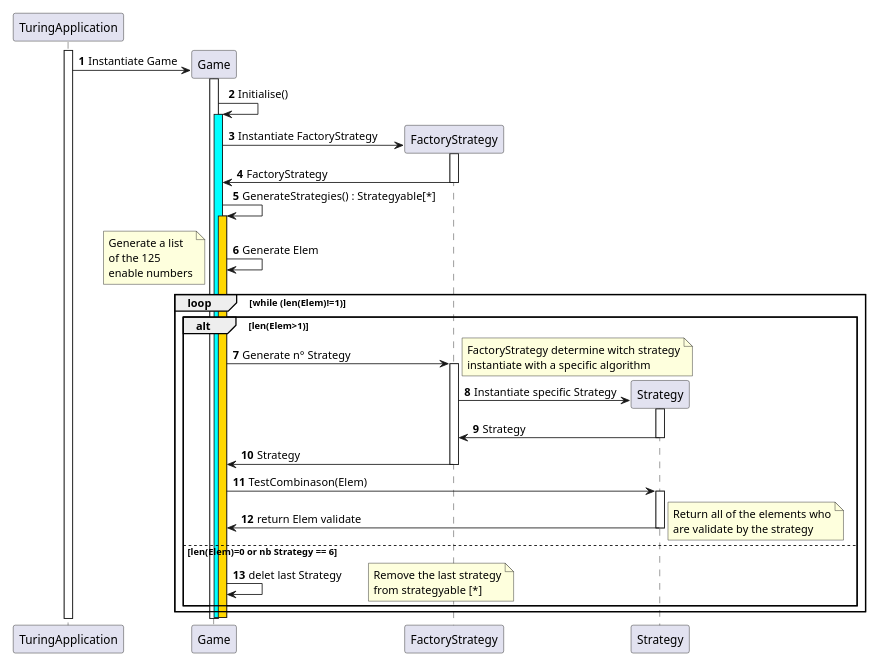
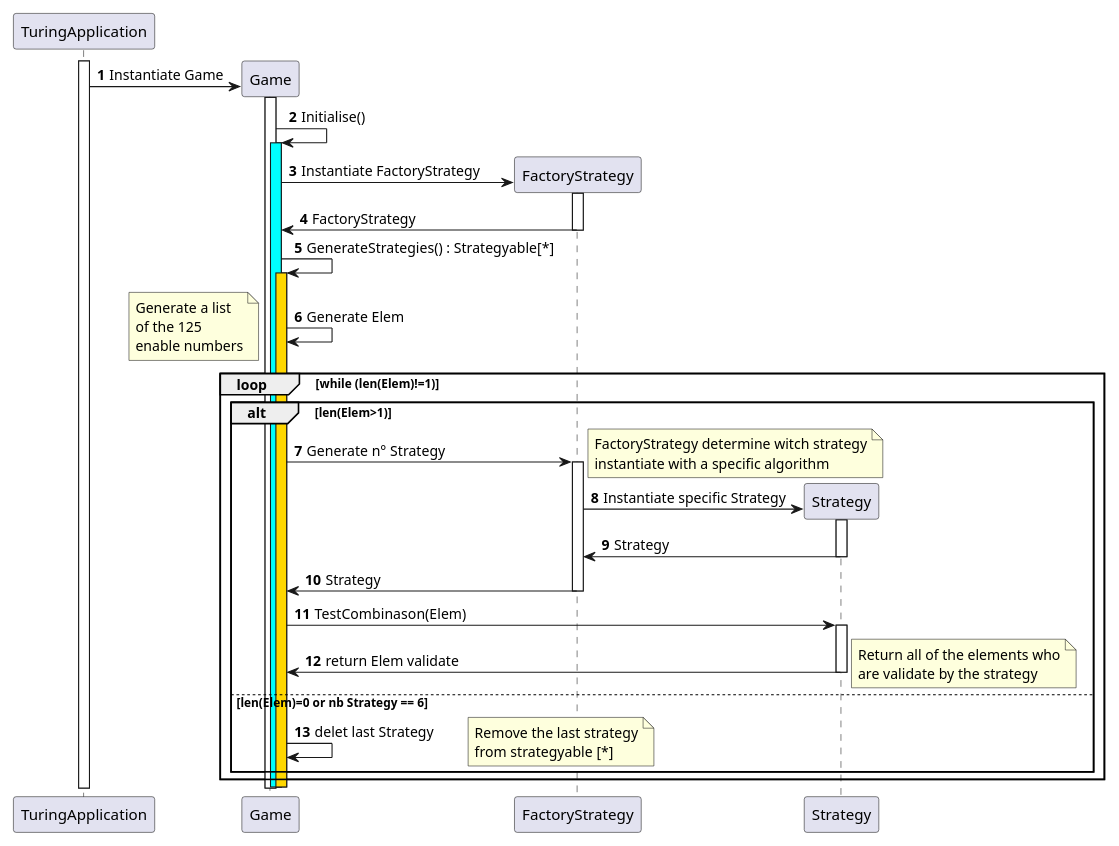
One commit to Earth-Wind-and-Fire/AP4B_Report changed the diagram in Writerside/topics/Initialisation-de-la-partie.md. Above: the diagram before and after it, drawn with PlantUML. The commit also changed 3 other files, not shown here.

First line of the commit message:
Adjust PlantUML diagram scaling for better readability.

```diff
--- a/Writerside/topics/Initialisation-de-la-partie.md
+++ b/Writerside/topics/Initialisation-de-la-partie.md
@@ -13,7 +13,7 @@
 @startuml
 'https://plantuml.com/sequence-diagram
 
-scale 0.625
+scale 0.8
 
 autonumber
 
```
